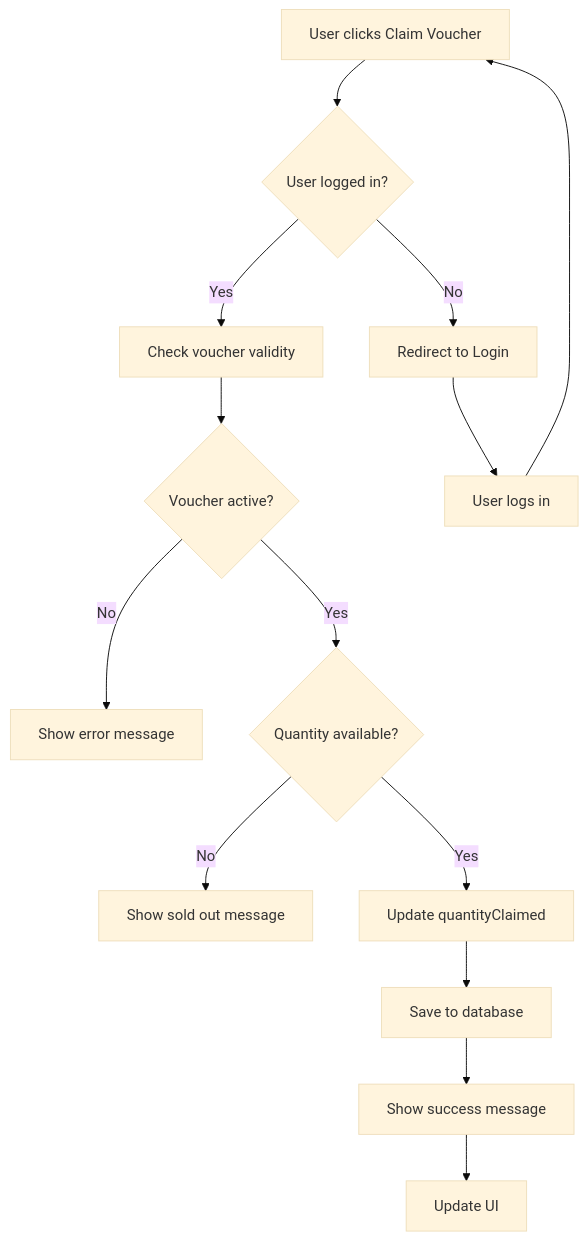
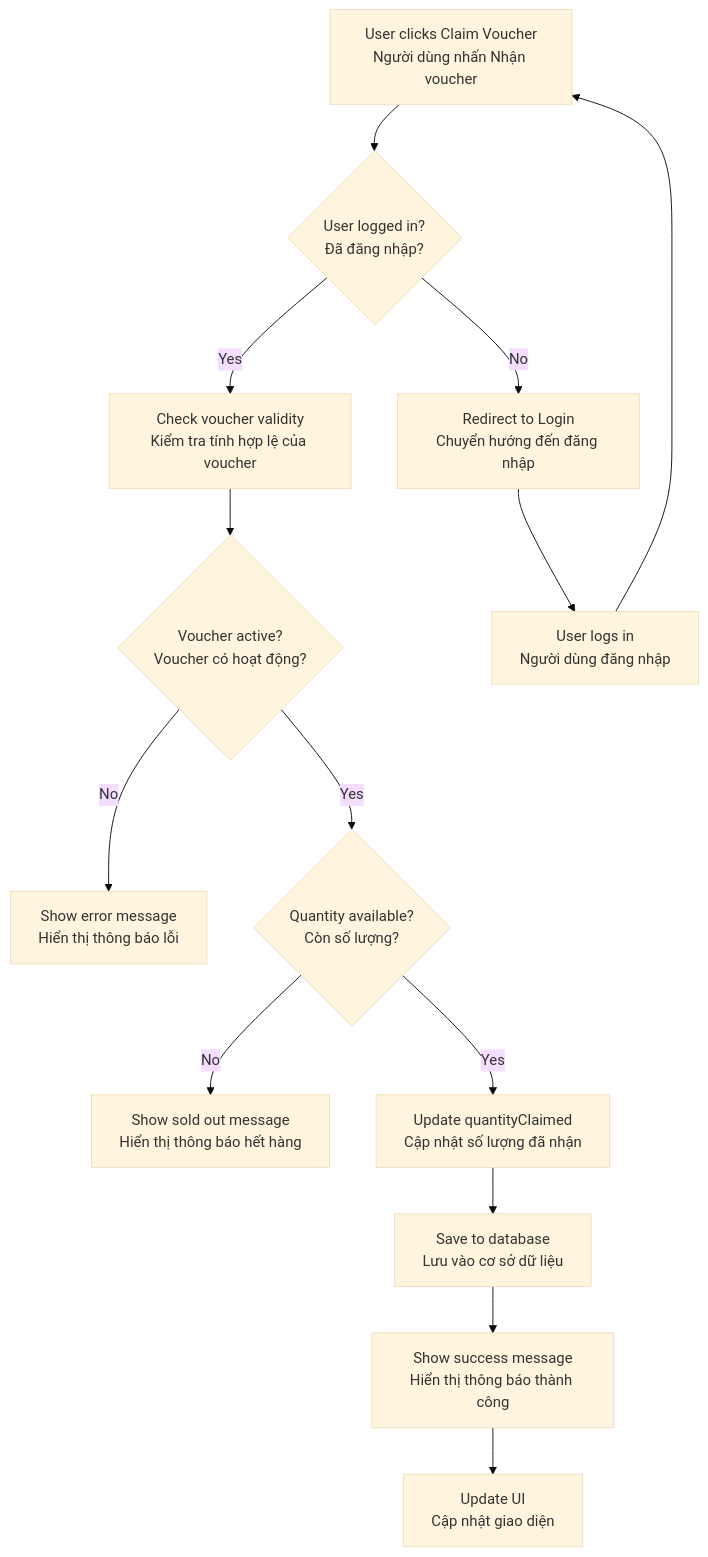
Before and after one commit to tamnguyen0K/voucher-management-system: the sixth of 8 diagrams in docs/system-architecture.md, drawn with Mermaid (base theme). The commit also changed other lines of this file and 1 other file, not shown here.

````diff
--- a/docs/system-architecture.md
+++ b/docs/system-architecture.md
@@ -206,20 +206,20 @@
 ```mermaid
 flowchart TD
-    A["User clicks Claim Voucher"] --> B{"User logged in?"}
-    B -->|No| C["Redirect to Login"]
-    B -->|Yes| D["Check voucher validity"]
+    A["User clicks Claim Voucher<br/>Người dùng nhấn Nhận voucher"] --> B{"User logged in?<br/>Đã đăng nhập?"}
+    B -->|No| C["Redirect to Login<br/>Chuyển hướng đến đăng nhập"]
+    B -->|Yes| D["Check voucher validity<br/>Kiểm tra tính hợp lệ của voucher"]
     
-    D --> E{"Voucher active?"}
-    E -->|No| F["Show error message"]
-    E -->|Yes| G{"Quantity available?"}
+    D --> E{"Voucher active?<br/>Voucher có hoạt động?"}
+    E -->|No| F["Show error message<br/>Hiển thị thông báo lỗi"]
+    E -->|Yes| G{"Quantity available?<br/>Còn số lượng?"}
     
-    G -->|No| H["Show sold out message"]
-    G -->|Yes| I["Update quantityClaimed"]
+    G -->|No| H["Show sold out message<br/>Hiển thị thông báo hết hàng"]
+    G -->|Yes| I["Update quantityClaimed<br/>Cập nhật số lượng đã nhận"]
     
-    I --> J["Save to database"]
-    J --> K["Show success message"]
-    K --> L["Update UI"]
+    I --> J["Save to database<br/>Lưu vào cơ sở dữ liệu"]
+    J --> K["Show success message<br/>Hiển thị thông báo thành công"]
+    K --> L["Update UI<br/>Cập nhật giao diện"]
     
-    C --> M["User logs in"]
+    C --> M["User logs in<br/>Người dùng đăng nhập"]
     M --> A
 ```
````
